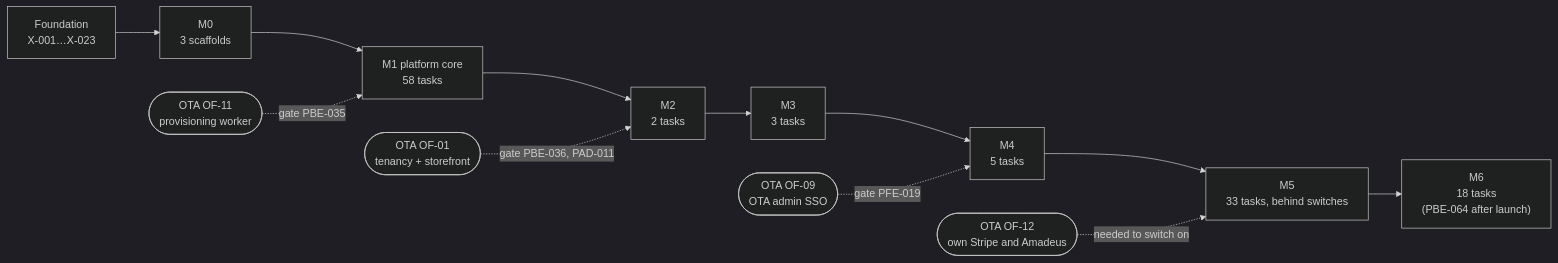
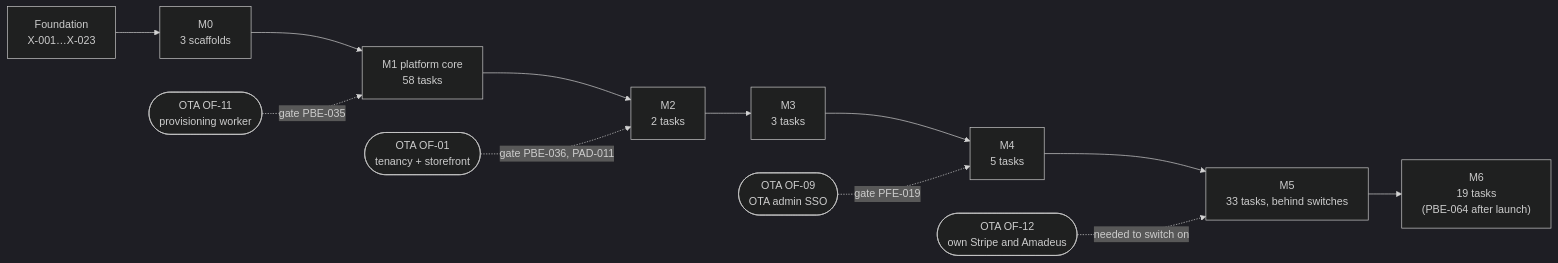
The diagram in platform/docs/plans/implementation-plan.md (bhagwati-prasad/velexis-ota), drawn with Mermaid (dark theme) before and after one commit. The commit also changed other lines of this file and 15 other files, not shown here.

````diff
--- a/platform/docs/plans/implementation-plan.md
+++ b/platform/docs/plans/implementation-plan.md
@@ -57,14 +57,14 @@
 ```mermaid
 flowchart LR
   F["Foundation<br/>X-001…X-023"] --> M0["M0<br/>3 scaffolds"]
   M0 --> M1["M1 platform core<br/>58 tasks"]
   OF11(["OTA OF-11<br/>provisioning worker"]) -. gate PBE-035 .-> M1
   M1 --> M2["M2<br/>2 tasks"]
   OF01(["OTA OF-01<br/>tenancy + storefront"]) -. gate PBE-036, PAD-011 .-> M2
   M2 --> M3["M3<br/>3 tasks"]
   M3 --> M4["M4<br/>5 tasks"]
   OF09(["OTA OF-09<br/>OTA admin SSO"]) -. gate PFE-019 .-> M4
   M4 --> M5["M5<br/>33 tasks, behind switches"]
   OF12(["OTA OF-12<br/>own Stripe and Amadeus"]) -. needed to switch on .-> M5
-  M5 --> M6["M6<br/>18 tasks<br/>(PBE-064 after launch)"]
+  M5 --> M6["M6<br/>19 tasks<br/>(PBE-064 after launch)"]
 ```
````
